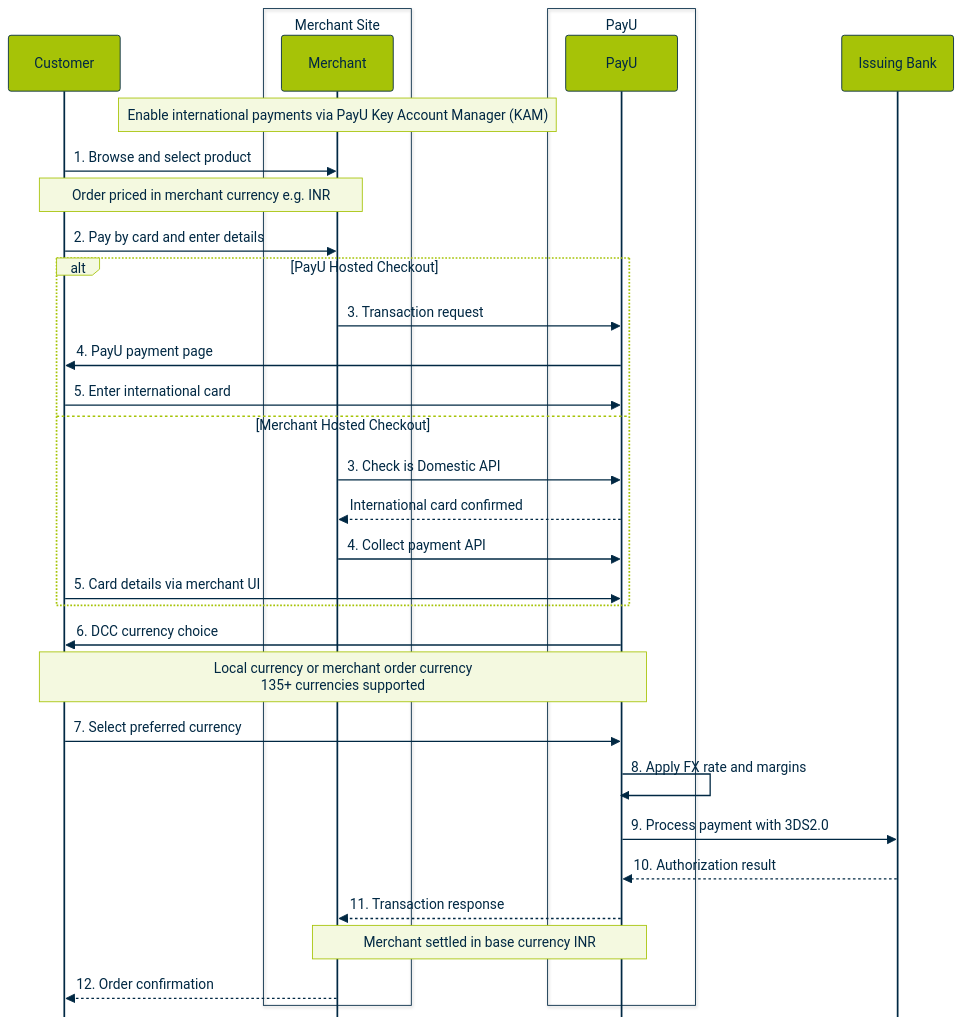
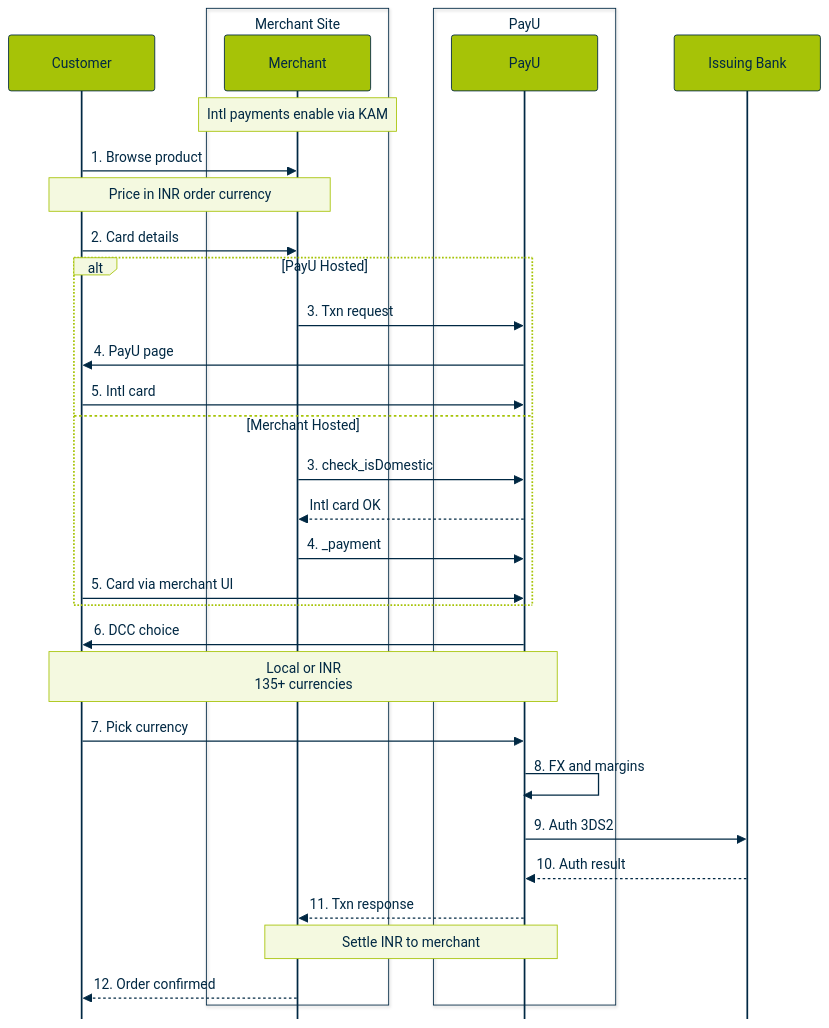
Before and after one commit to payu-india/CMS-Chatbot: diagram 15 of 17 in docs/RECYCLE BIN/internal-review-swimlane-diagrams.md, drawn with Mermaid. The commit also changed other lines of this file, not shown here.

Commit message:
Update doc `internal-review-swimlane-diagrams`

````diff
--- a/docs/RECYCLE BIN/internal-review-swimlane-diagrams.md
+++ b/docs/RECYCLE BIN/internal-review-swimlane-diagrams.md
@@ -1054,12 +1062,12 @@
     "fontSize": 10,
     "actorFontSize": 10,
     "noteFontSize": 10,
-    "actorMargin": 58,
-    "width": 130,
+    "actorMargin": 76,
+    "width": 170,
     "boxMargin": 8,
-    "messageMargin": 30,
-    "diagramMarginX": 40,
-    "diagramMarginY": 14
+    "messageMargin": 34,
+    "diagramMarginX": 46,
+    "diagramMarginY": 16
   },
   "themeVariables": {
     "fontFamily": "Arial, Helvetica, sans-serif",
@@ -1105,34 +1113,34 @@
     end
     participant Bank as Issuing Bank
 
-    Note over Merchant: Enable international payments via PayU Key Account Manager (KAM)
+    Note over Merchant: Intl payments enable via KAM
 
-    Customer->>Merchant: 1. Browse and select product
-    Note over Customer,Merchant: Order priced in merchant currency e.g. INR
+    Customer->>Merchant: 1. Browse product
+    Note over Customer,Merchant: Price in INR order currency
 
-    Customer->>Merchant: 2. Pay by card and enter details
+    Customer->>Merchant: 2. Card details
 
-    alt PayU Hosted Checkout
-        Merchant->>PayU: 3. Transaction request
-        PayU->>Customer: 4. PayU payment page
-        Customer->>PayU: 5. Enter international card
-    else Merchant Hosted Checkout
-        Merchant->>PayU: 3. Check is Domestic API
-        PayU-->>Merchant: International card confirmed
-        Merchant->>PayU: 4. Collect payment API
-        Customer->>PayU: 5. Card details via merchant UI
+    alt PayU Hosted
+        Merchant->>PayU: 3. Txn request
+        PayU->>Customer: 4. PayU page
+        Customer->>PayU: 5. Intl card
+    else Merchant Hosted
+        Merchant->>PayU: 3. check_isDomestic
+        PayU-->>Merchant: Intl card OK
+        Merchant->>PayU: 4. _payment
+        Customer->>PayU: 5. Card via merchant UI
     end
 
-    PayU->>Customer: 6. DCC currency choice
-    Note over PayU,Customer: Local currency or merchant order currency<br/>135+ currencies supported
+    PayU->>Customer: 6. DCC choice
+    Note over PayU,Customer: Local or INR<br/>135+ currencies
 
-    Customer->>PayU: 7. Select preferred currency
-    PayU->>PayU: 8. Apply FX rate and margins
-    PayU->>Bank: 9. Process payment with 3DS2.0
-    Bank-->>PayU: 10. Authorization result
+    Customer->>PayU: 7. Pick currency
+    PayU->>PayU: 8. FX and margins
+    PayU->>Bank: 9. Auth 3DS2
+    Bank-->>PayU: 10. Auth result
 
-    PayU-->>Merchant: 11. Transaction response
-    Note over PayU,Merchant: Merchant settled in base currency INR
+    PayU-->>Merchant: 11. Txn response
+    Note over PayU,Merchant: Settle INR to merchant
 
-    Merchant-->>Customer: 12. Order confirmation
+    Merchant-->>Customer: 12. Order confirmed
 ```
````
